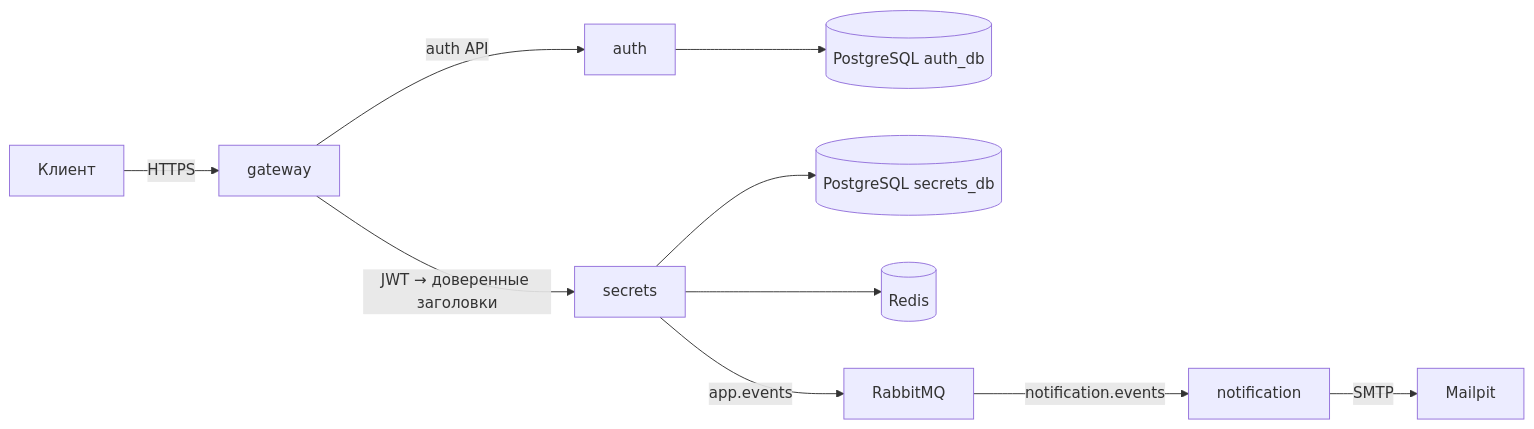
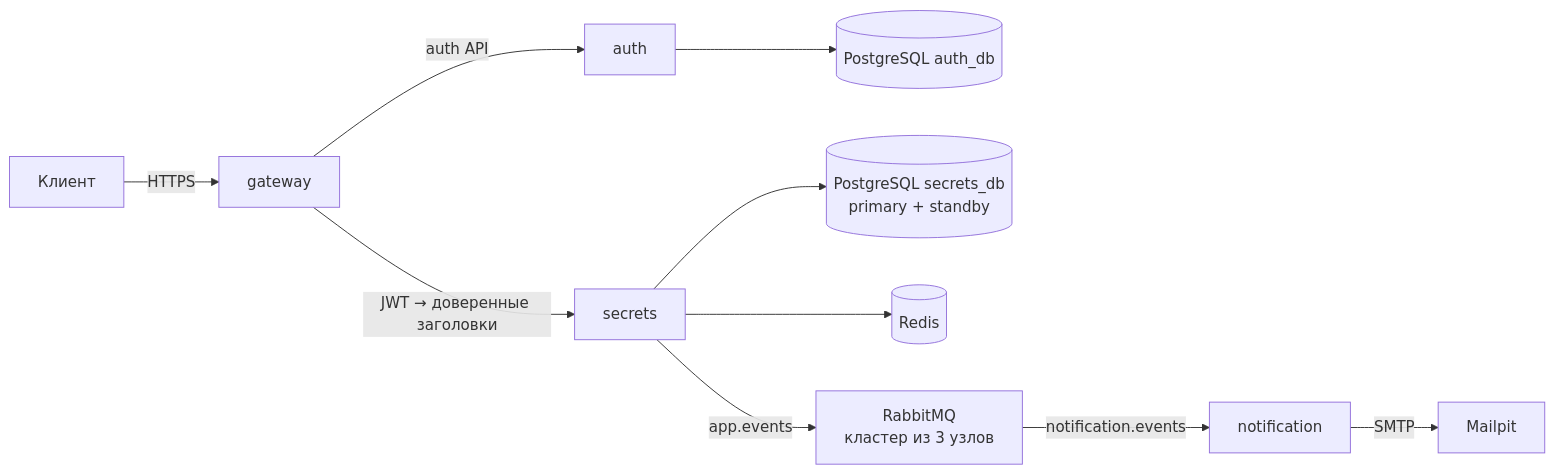
One commit to anAwesomeWave/simplified-vault changed the diagram in README.md. Above: the diagram before and after it, drawn with Mermaid. The commit also changed other lines of this file and 16 other files, not shown here.

````diff
--- a/README.md
+++ b/README.md
@@ -5,12 +5,12 @@
 ```mermaid
 flowchart LR
     Client[Клиент] -->|HTTPS| Gateway[gateway]
     Gateway -->|auth API| Auth[auth]
     Gateway -->|JWT → доверенные заголовки| Secrets[secrets]
     Auth --> AuthDB[(PostgreSQL auth_db)]
-    Secrets --> SecretsDB[(PostgreSQL secrets_db)]
+    Secrets --> SecretsDB[(PostgreSQL secrets_db<br/>primary + standby)]
     Secrets --> Redis[(Redis)]
-    Secrets -->|app.events| RabbitMQ[RabbitMQ]
+    Secrets -->|app.events| RabbitMQ[RabbitMQ<br/>кластер из 3 узлов]
     RabbitMQ -->|notification.events| Notification[notification]
     Notification -->|SMTP| Mailpit[Mailpit]
 ```
````
